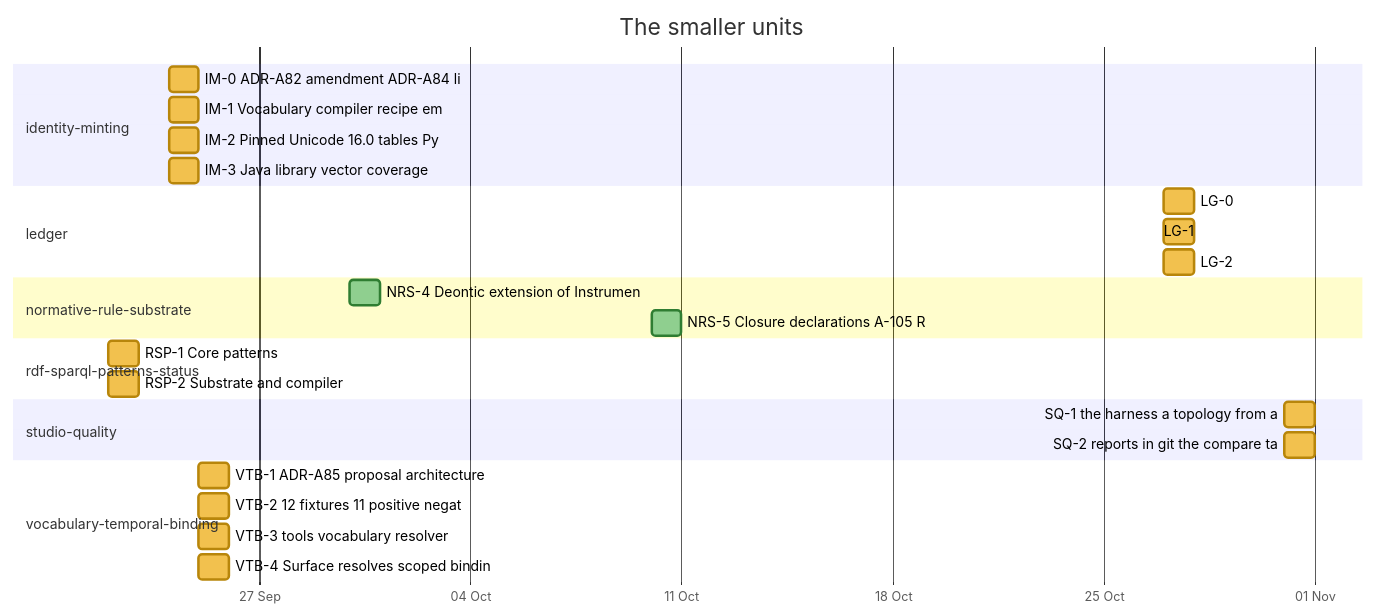
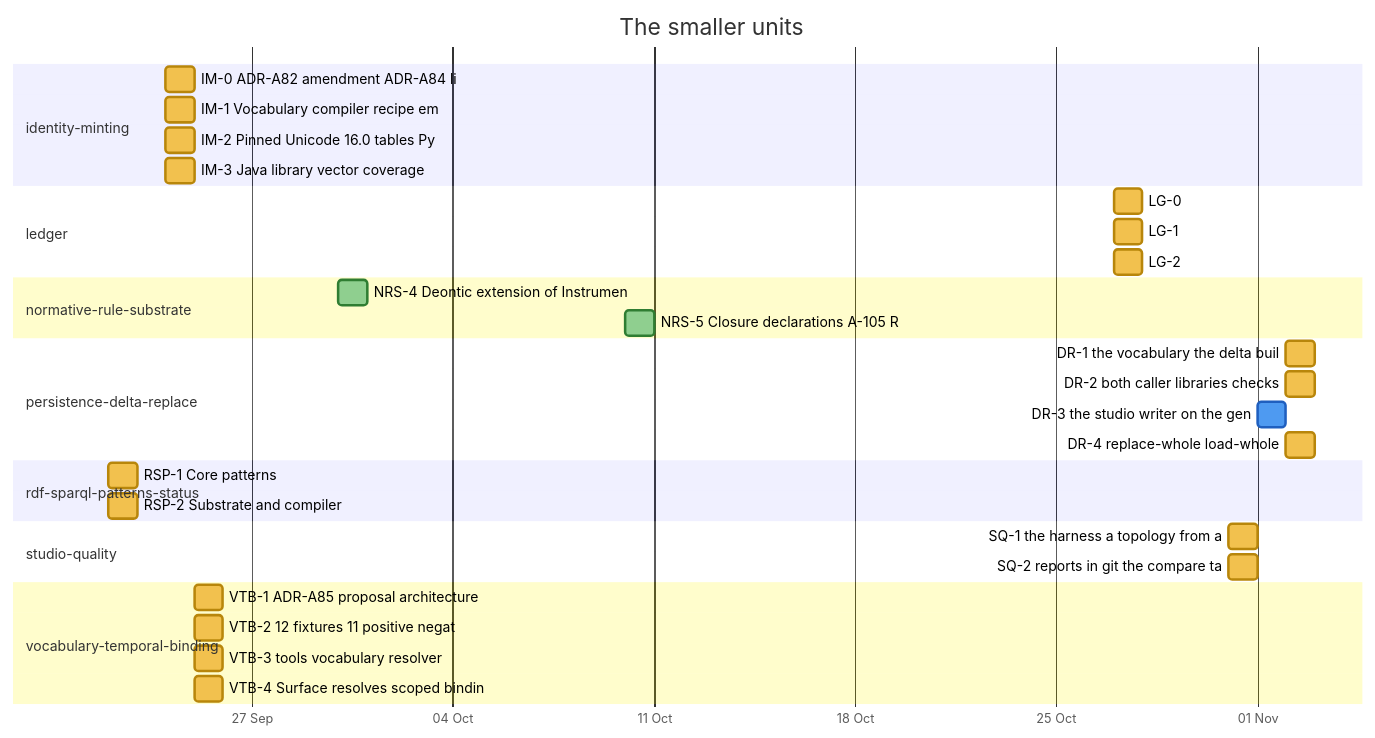
Before and after one commit to nebularis/lattice: diagram 17 of 25 in docs/developer/ROADMAP.md, drawn with Mermaid. The commit also changed other lines of this file and 4 other files, not shown here.

````diff
--- a/docs/developer/ROADMAP.md
+++ b/docs/developer/ROADMAP.md
@@ -493,30 +470,35 @@
 ```mermaid
 %%{init: {"themeVariables": {"taskBkgColor": "#f2c14e", "taskBorderColor": "#b8860b", "taskTextColor": "#000000", "activeTaskBkgColor": "#4e9af1", "activeTaskBorderColor": "#1f5fbf", "activeTaskBorderColor": "#1f5fbf", "doneTaskBkgColor": "#8fcf8f", "doneTaskBorderColor": "#2f7d32", "critBkgColor": "#f28b82", "critBorderColor": "#b23a30", "taskTextDarkColor": "#000000", "taskTextLightColor": "#000000"}}}%%
 gantt
     title The smaller units
     dateFormat YYYY-MM-DD
     axisFormat %d %b
     section identity-minting
     IM-0 ADR-A82 amendment ADR-A84 li :im0, 2026-09-24, 2026-09-25
     IM-1 Vocabulary compiler recipe em :im1, 2026-09-24, 2026-09-25
     IM-2 Pinned Unicode 16.0 tables Py :im2, 2026-09-24, 2026-09-25
     IM-3 Java library vector coverage :im3, 2026-09-24, 2026-09-25
     section ledger
     LG-0 :lg0, 2026-10-27, 2026-10-28
     LG-1 :lg1, 2026-10-27, 2026-10-28
     LG-2 :lg2, 2026-10-27, 2026-10-28
     section normative-rule-substrate
     NRS-4 Deontic extension of Instrumen :done, nrs4, 2026-09-30, 2026-10-01
     NRS-5 Closure declarations A-105 R :done, nrs5, 2026-10-10, 2026-10-11
+    section persistence-delta-replace
+    DR-1 the vocabulary the delta buil :dr1, 2026-11-02, 2026-11-03
+    DR-2 both caller libraries checks :dr2, 2026-11-02, 2026-11-03
+    DR-3 the studio writer on the gen :active, dr3, 2026-11-01, 2026-11-02
+    DR-4 replace-whole load-whole :dr4, 2026-11-02, 2026-11-03
     section rdf-sparql-patterns-status
     RSP-1 Core patterns :rsp1, 2026-09-22, 2026-09-23
     RSP-2 Substrate and compiler :rsp2, 2026-09-22, 2026-09-23
     section studio-quality
     SQ-1 the harness a topology from a :sq1, 2026-10-31, 2026-11-01
     SQ-2 reports in git the compare ta :sq2, 2026-10-31, 2026-11-01
     section vocabulary-temporal-binding
     VTB-1 ADR-A85 proposal architecture :vtb1, 2026-09-25, 2026-09-26
     VTB-2 12 fixtures 11 positive negat :vtb2, 2026-09-25, 2026-09-26
     VTB-3 tools vocabulary resolver :vtb3, 2026-09-25, 2026-09-26
     VTB-4 Surface resolves scoped bindin :vtb4, 2026-09-25, 2026-09-26
 ```
````
